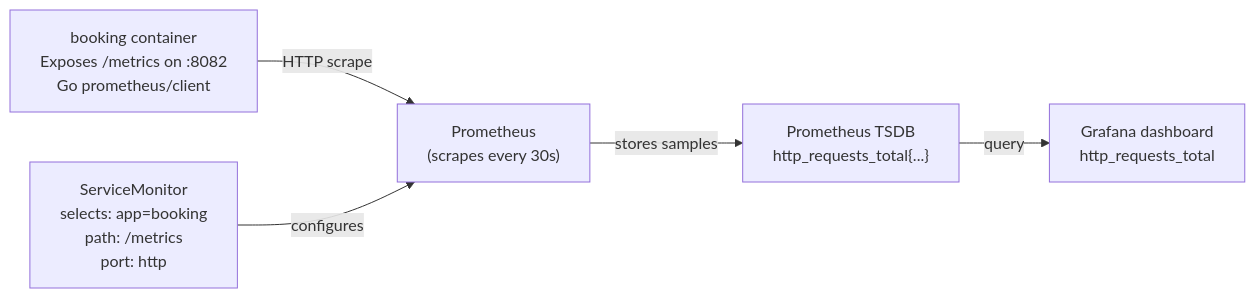
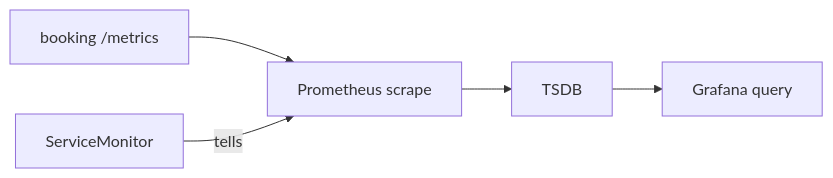
The diagram in docs/learn/observability/discovery-and-collection.md (darshan-raul/apollo11-docs), drawn with Mermaid before and after one commit. The commit also changed other lines of this file and 55 other files, not shown here.

````diff
--- a/docs/learn/observability/discovery-and-collection.md
+++ b/docs/learn/observability/discovery-and-collection.md
@@ -18,7 +14,6 @@
-~~~mermaid
+```mermaid
 flowchart LR
-  App["booking container\nExposes /metrics on :8082\nGo prometheus/client"] -->|HTTP scrape| Prom["Prometheus\n(scrapes every 30s)"]
-  SM["ServiceMonitor\nselects: app=booking\npath: /metrics\nport: http"] -->|configures| Prom
-  Prom -->|stores samples| TSDB["Prometheus TSDB\nhttp_requests_total{...}"]
-  TSDB -->|query| Grafana["Grafana dashboard\nhttp_requests_total"]
-~~~
+  App["booking /metrics"] --> Prom[Prometheus scrape]
+  SM[ServiceMonitor] -->|tells| Prom
+  Prom --> TSDB --> G[Grafana query]
+```
````
